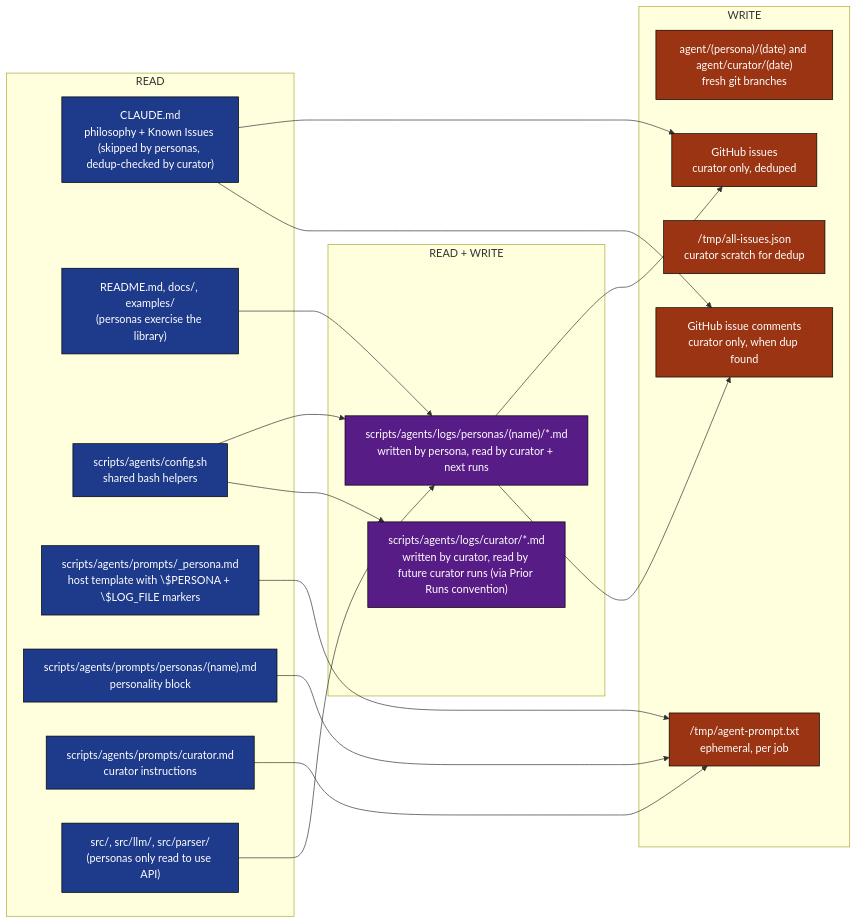
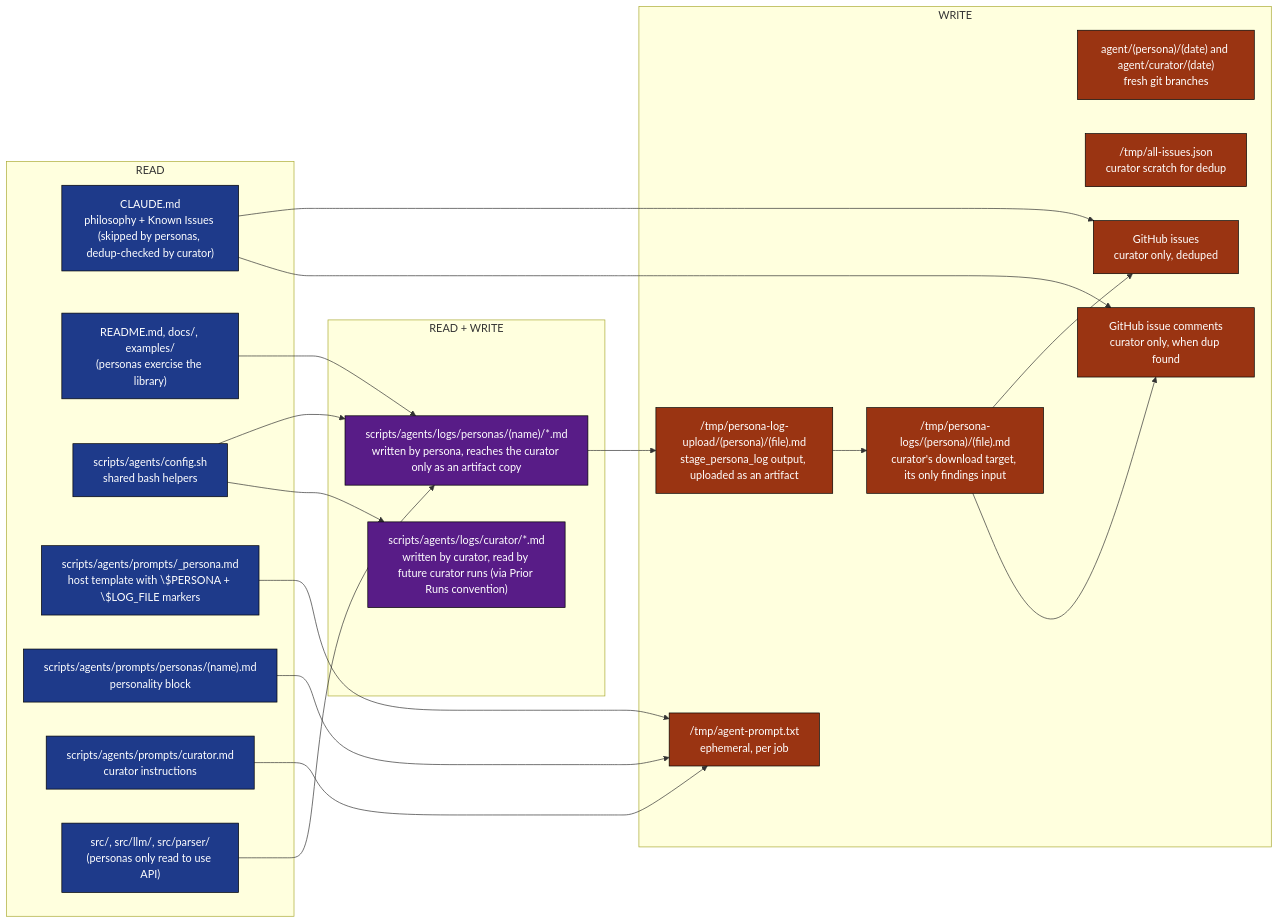
The seventh of 12 diagrams in .github/docs/PERSONAS_RUN_DEEP_DIVE.md (llm-exe/llm-exe), drawn with Mermaid before and after one commit. The commit also changed other lines of this file and 1 other file, not shown here.

Commit message:
docs: sync personas-run deep dive and architecture after persona log artifact handoff

````diff
--- a/.github/docs/PERSONAS_RUN_DEEP_DIVE.md
+++ b/.github/docs/PERSONAS_RUN_DEEP_DIVE.md
@@ -433,41 +454,45 @@
 ```mermaid
 flowchart LR
     classDef read fill:#1e3a8a,color:#fff,stroke:#000
     classDef write fill:#9a3412,color:#fff,stroke:#000
     classDef both fill:#581c87,color:#fff,stroke:#000
 
     subgraph reads["READ"]
         r1["CLAUDE.md\nphilosophy + Known Issues (skipped by personas, dedup-checked by curator)"]:::read
         r2["README.md, docs/, examples/\n(personas exercise the library)"]:::read
         r3["scripts/agents/config.sh\nshared bash helpers"]:::read
         r4["scripts/agents/prompts/_persona.md\nhost template with \$PERSONA + \$LOG_FILE markers"]:::read
         r5["scripts/agents/prompts/personas/(name).md\npersonality block"]:::read
         r6["scripts/agents/prompts/curator.md\ncurator instructions"]:::read
         r7["src/, src/llm/, src/parser/\n(personas only read to use API)"]:::read
     end
 
     subgraph writes["WRITE"]
         w1["agent/(persona)/(date) and agent/curator/(date)\nfresh git branches"]:::write
         w2["/tmp/agent-prompt.txt\nephemeral, per job"]:::write
+        w2b["/tmp/persona-log-upload/(persona)/(file).md\nstage_persona_log output, uploaded as an artifact"]:::write
+        w2c["/tmp/persona-logs/(persona)/(file).md\ncurator's download target, its only findings input"]:::write
         w3["/tmp/all-issues.json\ncurator scratch for dedup"]:::write
         w4["GitHub issues\ncurator only, deduped"]:::write
         w5["GitHub issue comments\ncurator only, when dup found"]:::write
     end
 
     subgraph both["READ + WRITE"]
-        b1["scripts/agents/logs/personas/(name)/*.md\nwritten by persona, read by curator + next runs"]:::both
+        b1["scripts/agents/logs/personas/(name)/*.md\nwritten by persona, reaches the curator only as an artifact copy"]:::both
         b2["scripts/agents/logs/curator/*.md\nwritten by curator, read by future curator runs (via Prior Runs convention)"]:::both
     end
 
     r3 --> b1
     r3 --> b2
     r4 --> w2
     r5 --> w2
     r6 --> w2
     r1 --> w4
     r2 --> b1
     r7 --> b1
-    b1 --> w4
-    b1 --> w5
+    b1 --> w2b
+    w2b --> w2c
+    w2c --> w4
+    w2c --> w5
     r1 --> w5
 ```
````
